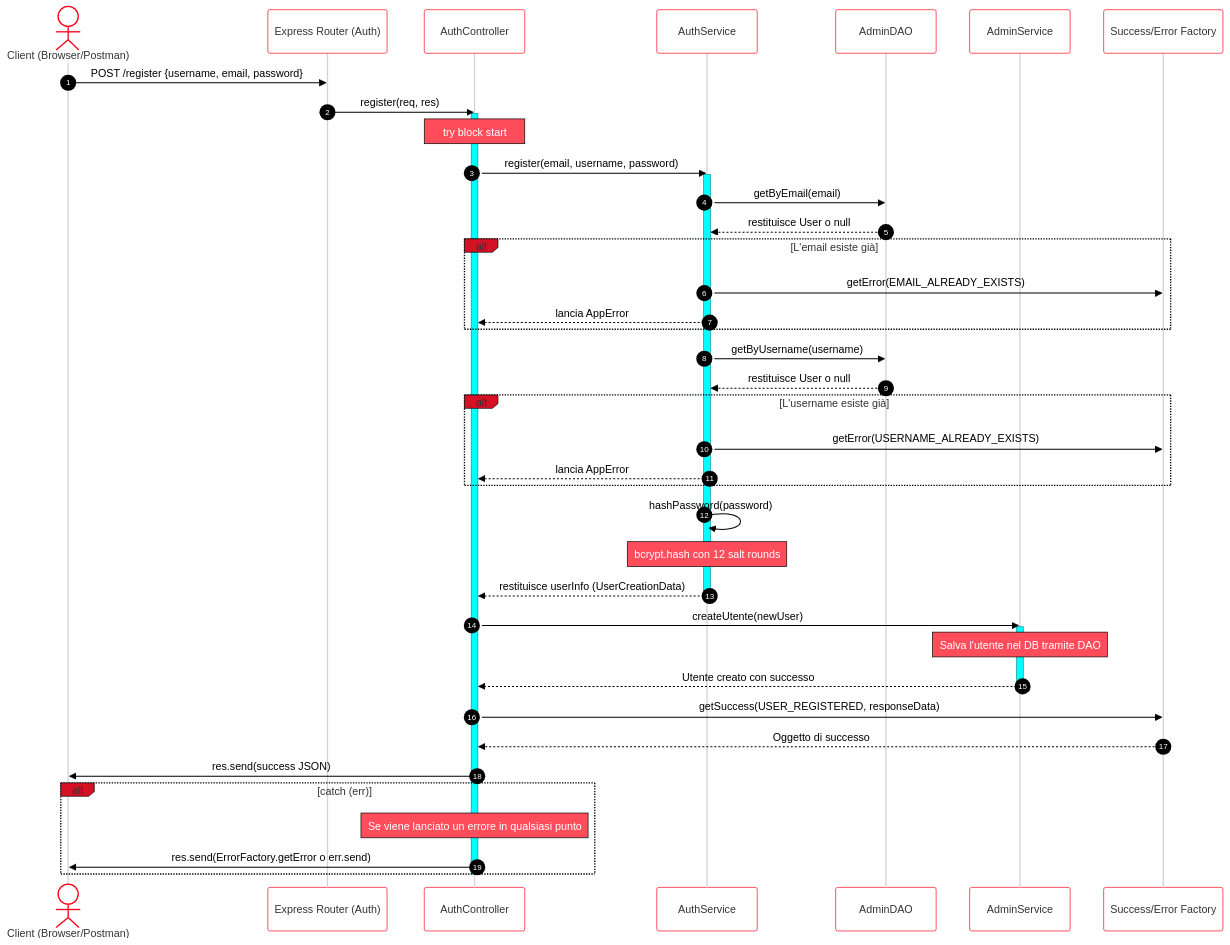
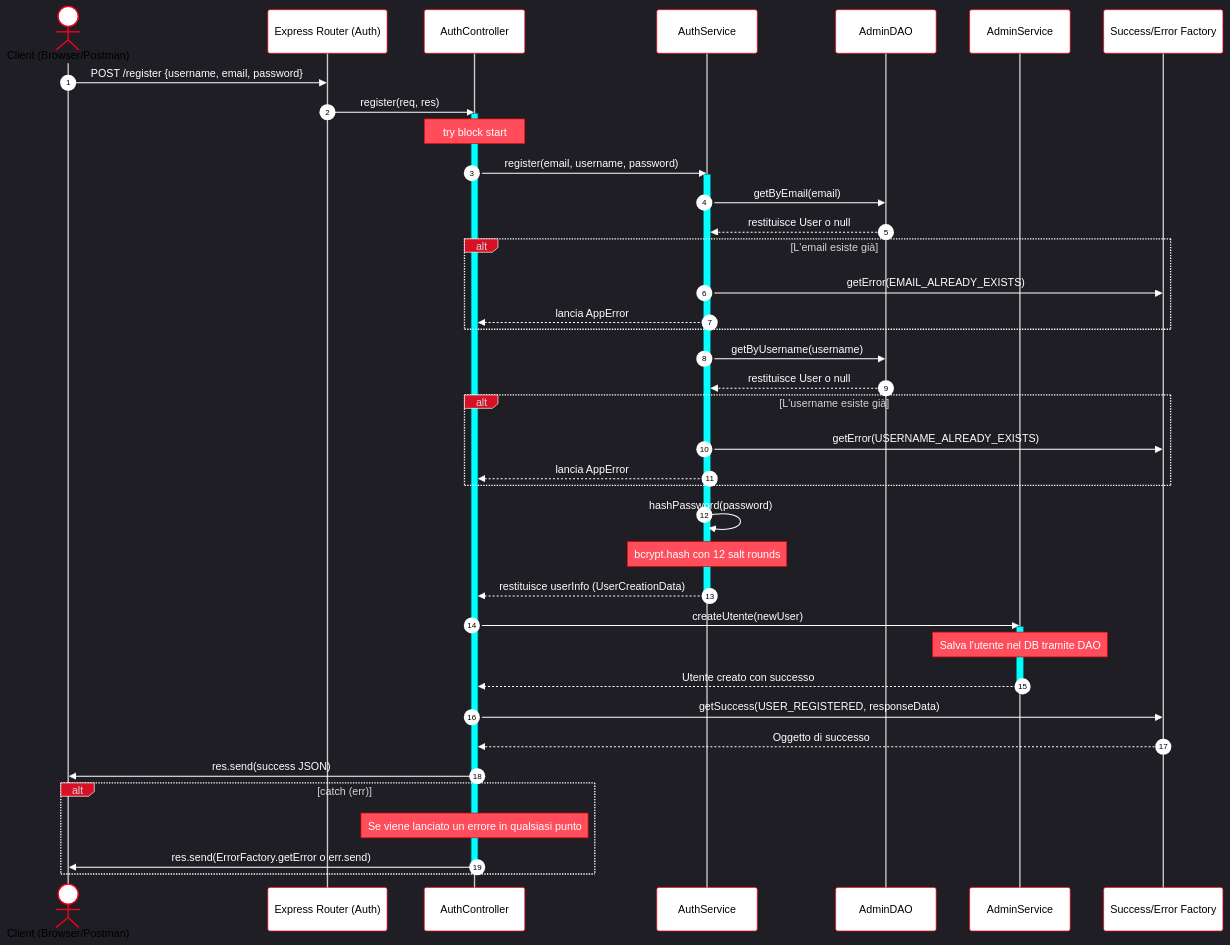
The diagram in README.md (Barca2002/Progetto-Programmazione-avanzata), drawn with Mermaid before and after one commit.

Commit message:
Test README

````diff
--- a/README.md
+++ b/README.md
@@ -145,73 +145,75 @@
 ```mermaid
 ---
 config:
-    theme: neutral
+    theme: dark
     themeVariables:
         'actorBkg': '#ffffff'
+        'actorTextColor': '#000000'
         'actorBorder': '#ff0019'
         'labelBoxBkgColor': '#d61125'
-        'labelBoxBorderColor': '#020000'
-        'signalColor': '#000000'
-        'signalTextColor': '#000000'
+        'labelBoxBorderColor': '#ffffff'
+        'signalColor': '#ffffff'
+        'signalTextColor': '#ffffff'
         'noteBkgColor': '#ff4d5c'
-        'noteBorderColor': '#000000'
+        'noteBorderColor': '#e50000'
+        'noteTextColor': '#ffffff'
         'activationBkgColor': '#00ffff'
         'activationBorderColor': '#009494'
-        'fontSize': '20px'
+        
 ---
 sequenceDiagram
     autonumber
     actor Utente as Client (Browser/Postman)
     participant Router as Express Router (Auth)
     participant Ctrl as AuthController
     participant Serv as AuthService
     participant DAO as AdminDAO
     participant AdminServ as AdminService
     participant Fact as Success/Error Factory
 
     Utente->>Router: POST /register {username, email, password}
     Router->>Ctrl: register(req, res)
     activate Ctrl
 
     Note over Ctrl: try block start
     Ctrl->>Serv: register(email, username, password)
     activate Serv
 
     Serv->>DAO: getByEmail(email)
     DAO-->>Serv: restituisce User o null
     
     alt L'email esiste già
         Serv->>Fact: getError(EMAIL_ALREADY_EXISTS)
         Serv-->>Ctrl: lancia AppError
     end
 
     Serv->>DAO: getByUsername(username)
     DAO-->>Serv: restituisce User o null
 
     alt L'username esiste già
         Serv->>Fact: getError(USERNAME_ALREADY_EXISTS)
         Serv-->>Ctrl: lancia AppError
     end
 
     Serv->>Serv: hashPassword(password)
     Note over Serv: bcrypt.hash con 12 salt rounds
     
     Serv-->>Ctrl: restituisce userInfo (UserCreationData)
     deactivate Serv
 
     Ctrl->>AdminServ: createUtente(newUser)
     activate AdminServ
     Note over AdminServ: Salva l'utente nel DB tramite DAO
     AdminServ-->>Ctrl: Utente creato con successo
     deactivate AdminServ
 
     Ctrl->>Fact: getSuccess(USER_REGISTERED, responseData)
     Fact-->>Ctrl: Oggetto di successo
     Ctrl->>Utente: res.send(success JSON)
 
     alt catch (err)
         Note over Ctrl: Se viene lanciato un errore in qualsiasi punto
         Ctrl->>Utente: res.send(ErrorFactory.getError o err.send)
     end
     deactivate Ctrl
 ```
````
